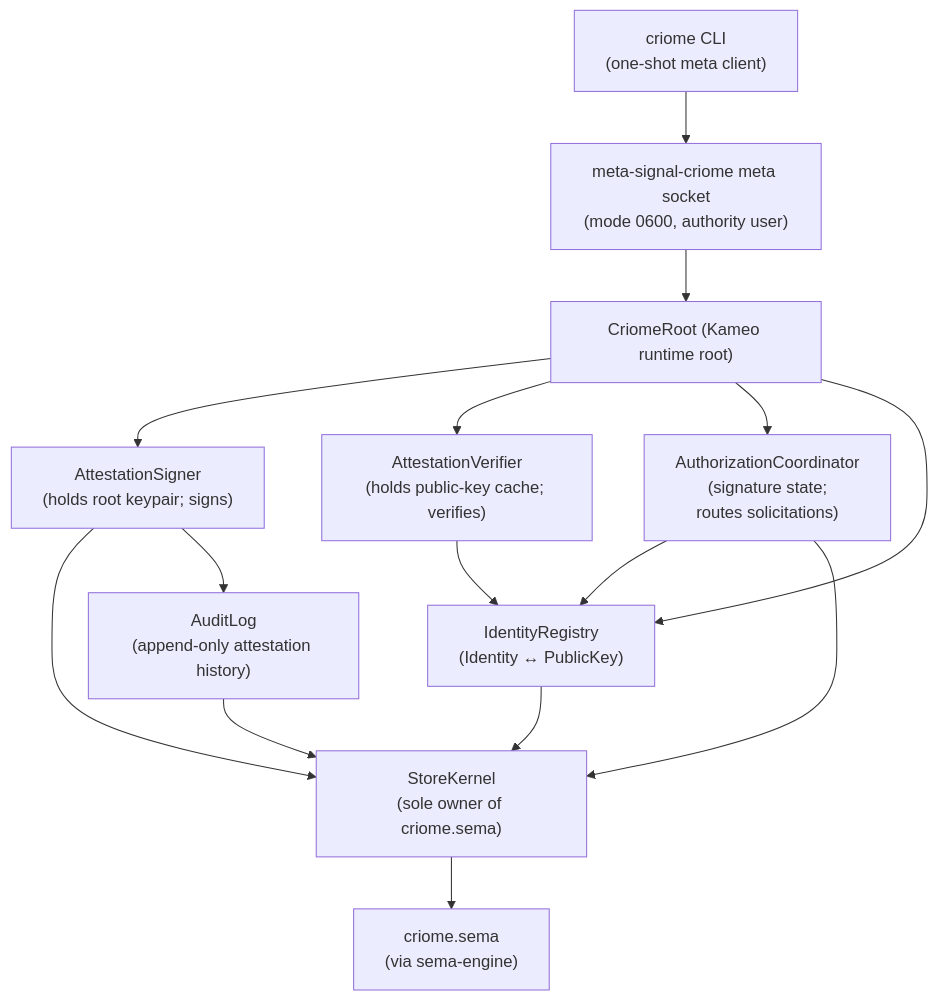
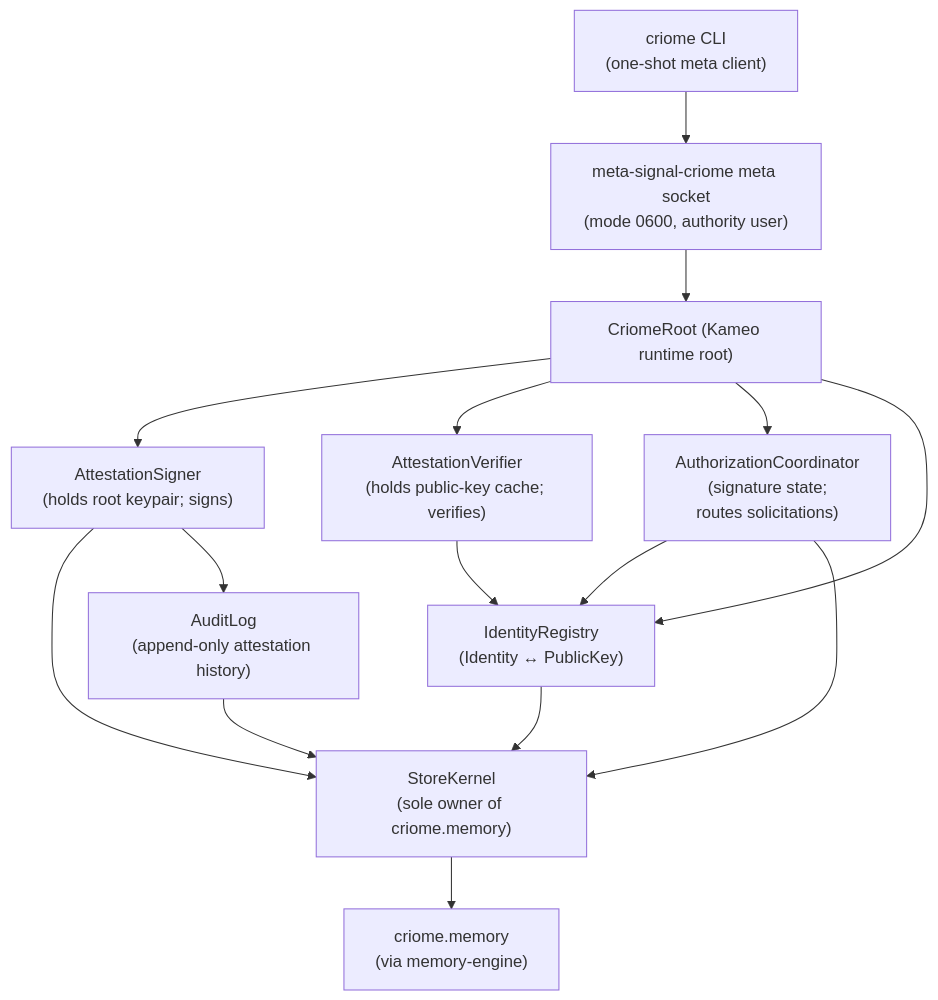
Before and after one commit to LiGoldragon/criome: the diagram in ARCHITECTURE.md, drawn with Mermaid. The commit also changed other lines of this file and 22 other files, not shown here.

````diff
--- a/ARCHITECTURE.md
+++ b/ARCHITECTURE.md
@@ -266,28 +266,28 @@
 ```mermaid
 flowchart TB
     cli["criome CLI<br/>(one-shot meta client)"]
     socket["meta-signal-criome meta socket<br/>(mode 0600, authority user)"]
     root["CriomeRoot (Kameo runtime root)"]
     signer["AttestationSigner<br/>(holds root keypair; signs)"]
     verifier["AttestationVerifier<br/>(holds public-key cache; verifies)"]
     authorization["AuthorizationCoordinator<br/>(signature state;<br/>routes solicitations)"]
     registry["IdentityRegistry<br/>(Identity ↔ PublicKey)"]
-    store["StoreKernel<br/>(sole owner of criome.sema)"]
-    db["criome.sema<br/>(via sema-engine)"]
+    store["StoreKernel<br/>(sole owner of criome.memory)"]
+    db["criome.memory<br/>(via memory-engine)"]
     audit["AuditLog<br/>(append-only attestation history)"]
 
     cli --> socket
     socket --> root
     root --> signer
     root --> verifier
     root --> authorization
     root --> registry
     signer --> store
     verifier --> registry
     authorization --> registry
     authorization --> store
     registry --> store
     store --> db
     signer --> audit
     audit --> store
 ```
````
